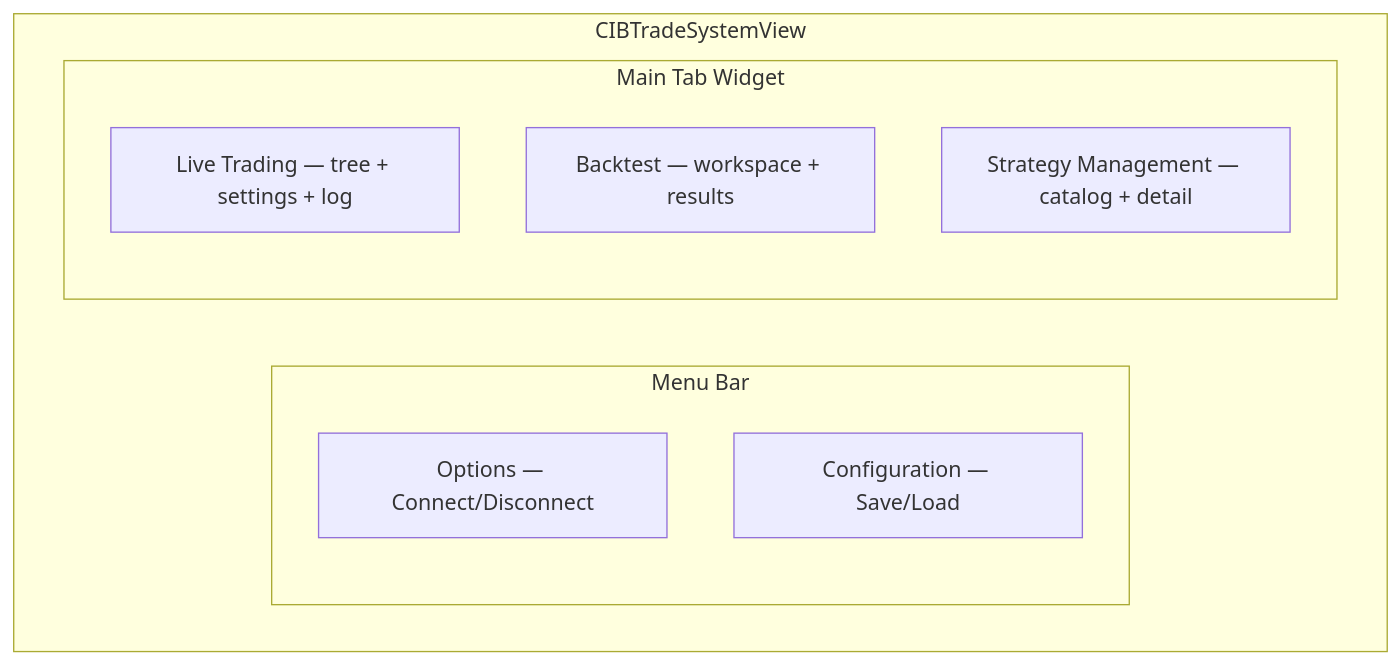
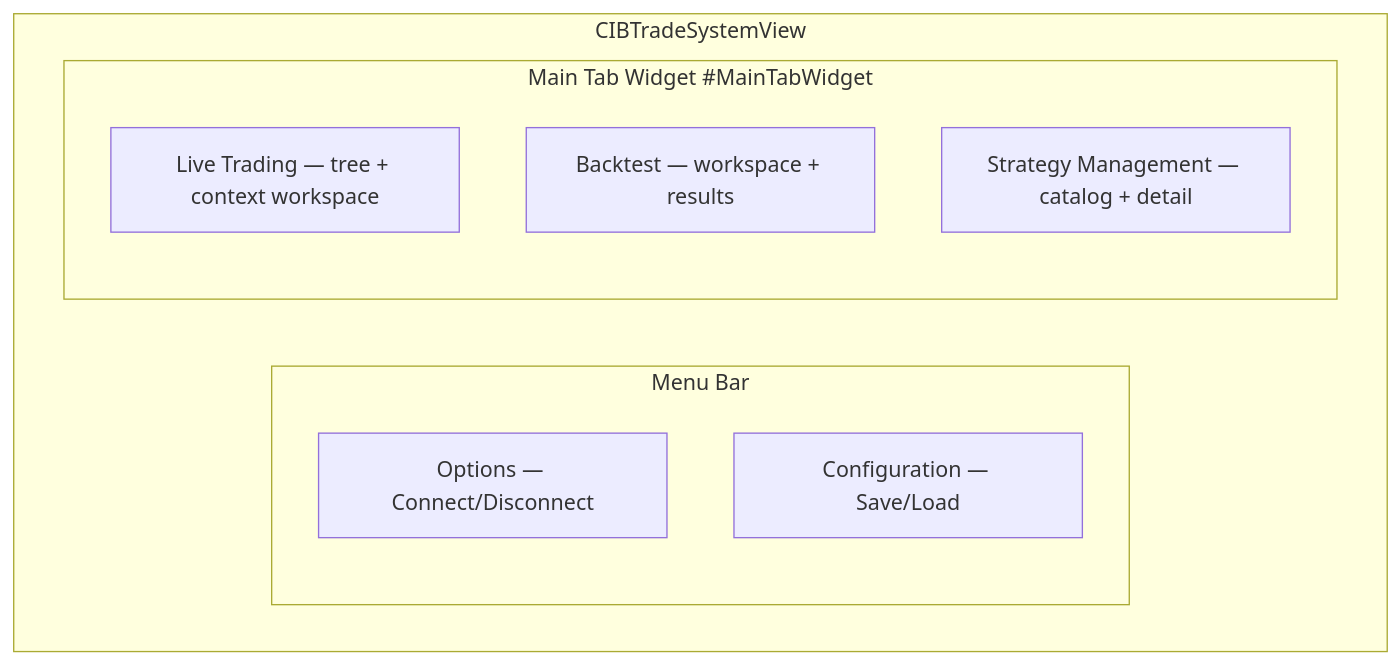
Before and after one commit to CloseToAlgoTrading/IbTradeQtDev: diagram 20 of 23 in IbTradeQt/docs/ARCHITECTURE.md, drawn with Mermaid. The commit also changed other lines of this file and 39 other files, not shown here.

````diff
--- a/IbTradeQt/docs/ARCHITECTURE.md
+++ b/IbTradeQt/docs/ARCHITECTURE.md
@@ -947,14 +967,14 @@
 ```mermaid
 flowchart TB
     subgraph MainWindow[CIBTradeSystemView]
         subgraph MenuBar[Menu Bar]
             OptionsMenu[Options — Connect/Disconnect]
             ConfigMenu[Configuration — Save/Load]
         end
-        subgraph Tabs[Main Tab Widget]
-            Tab0[Live Trading — tree + settings + log]
+        subgraph Tabs[Main Tab Widget #MainTabWidget]
+            Tab0[Live Trading — tree + context workspace]
             Tab1[Backtest — workspace + results]
             Tab2[Strategy Management — catalog + detail]
         end
     end
 ```
````
